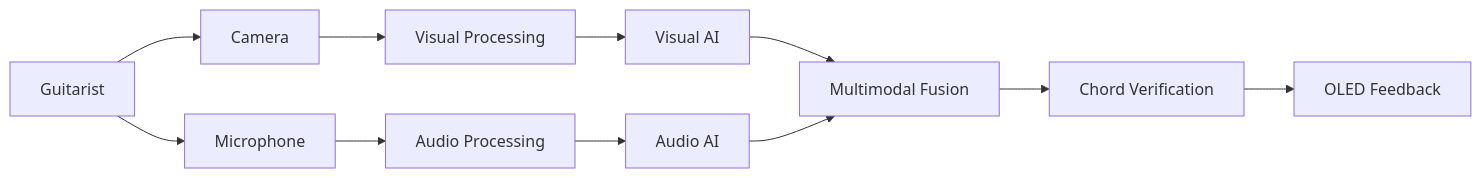
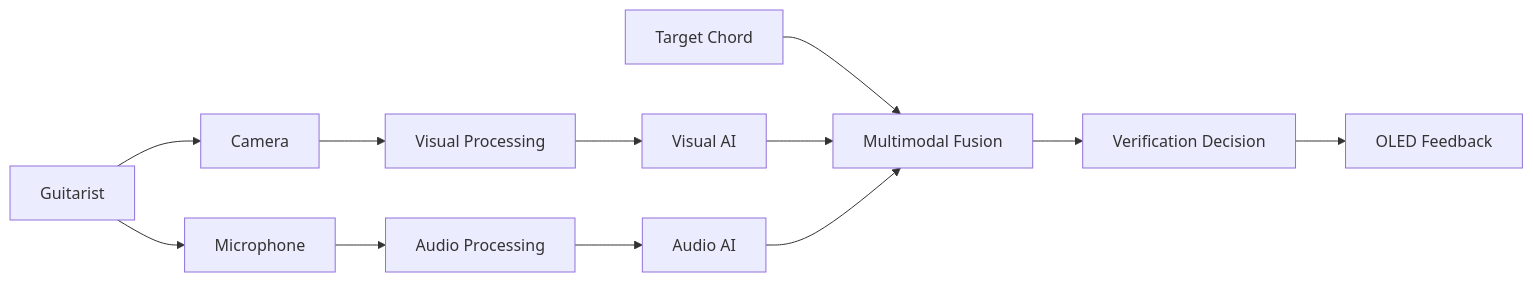
One commit to danielftsilva/cAiGED changed the first of 18 diagrams in README.md. Above: the diagram before and after it, drawn with Mermaid. The commit also changed other lines of this file, not shown here.

````diff
--- a/README.md
+++ b/README.md
@@ -69,17 +63,18 @@
 ```mermaid
 flowchart LR
-    G[Guitarist] --> C[Camera]
-    G --> M[Microphone]
+    T["Target Chord"] --> F["Multimodal Fusion"]
 
-    C --> VP[Visual Processing]
-    VP --> VI[Visual AI]
+    G["Guitarist"] --> C["Camera"]
+    G --> M["Microphone"]
 
-    M --> AP[Audio Processing]
-    AP --> AI[Audio AI]
+    C --> VP["Visual Processing"]
+    VP --> VI["Visual AI"]
+    VI --> F
 
-    VI --> F[Multimodal Fusion]
+    M --> AP["Audio Processing"]
+    AP --> AI["Audio AI"]
     AI --> F
 
-    F --> D[Chord Verification]
-    D --> O[OLED Feedback]
+    F --> D["Verification Decision"]
+    D --> O["OLED Feedback"]
 ```
````
